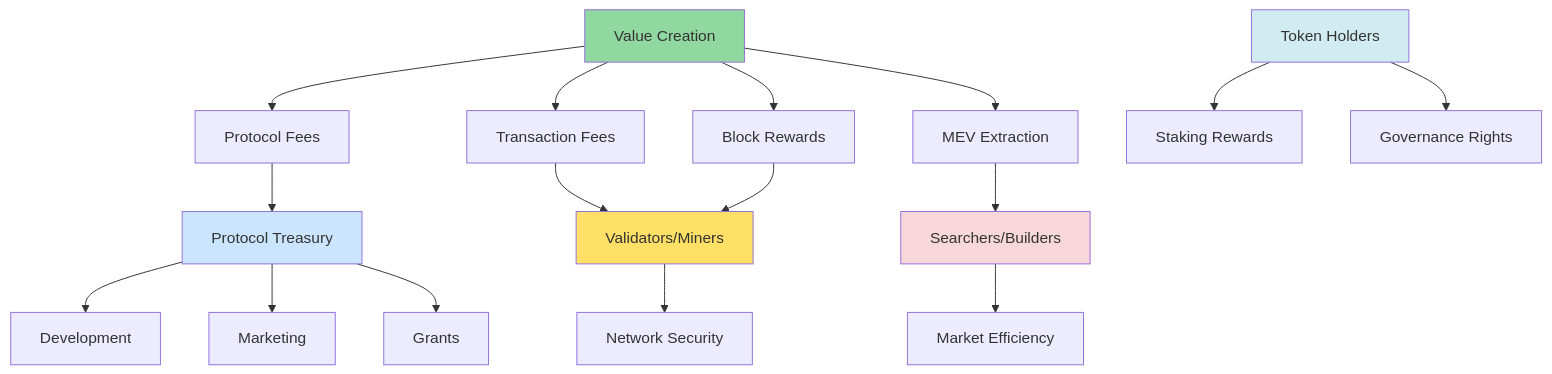
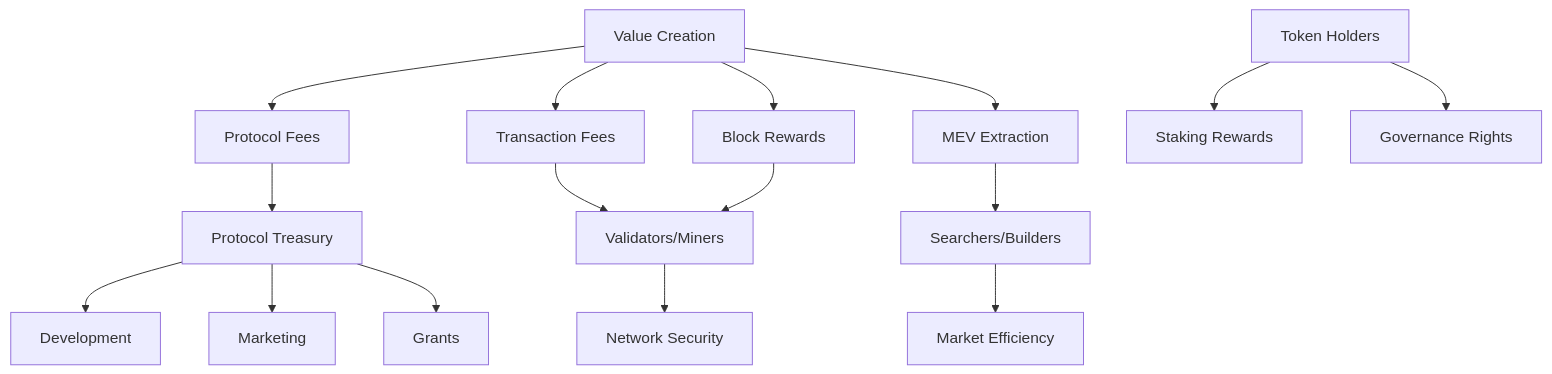
One commit to ljg-cqu/knowledge changed the seventh of 23 diagrams in Industry/Blockchain/Blockchain/ValueChain/QA_MistralAI.md. Above: the diagram before and after it, drawn with Mermaid. The commit also changed other lines of this file, not shown here.

Commit message:
Enhance value chain analysis in QA_MistralAI.md by refining flow diagrams and adding key characteristics. Improved clarity on capital cycles, fee flows, and governance mechanisms to better illustrate stakeholder interactions and regulatory impacts.

````diff
--- a/Industry/Blockchain/Blockchain/ValueChain/QA_MistralAI.md
+++ b/Industry/Blockchain/Blockchain/ValueChain/QA_MistralAI.md
@@ -508,28 +523,23 @@
 ```mermaid
 graph TB
     A[Value Creation] --> B[Protocol Fees]
     A --> C[Transaction Fees]
     A --> D[Block Rewards]
     A --> E[MEV Extraction]
     
     B --> F[Protocol Treasury]
     C --> G[Validators/Miners]
     D --> G
     E --> H[Searchers/Builders]
     
     F --> I[Development]
     F --> J[Marketing]
     F --> K[Grants]
     
     G --> L[Network Security]
     H --> M[Market Efficiency]
     
     N[Token Holders] --> O[Staking Rewards]
     N --> P[Governance Rights]
     
-    style A fill:#90d7a0
-    style F fill:#cce5ff
-    style G fill:#ffe066
-    style H fill:#f8d7da
-    style N fill:#d1ecf1
 ```
````
